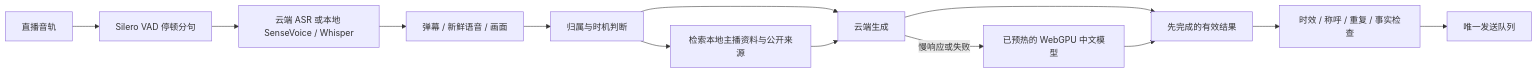
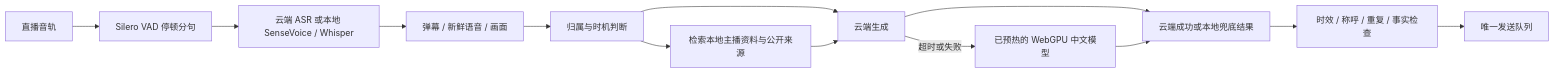
One commit to EitanWong/douyin-live-operations-assistant changed the diagram in docs/ai-foundation.zh-CN.md. Above: the diagram before and after it, drawn with Mermaid. The commit also changed other lines of this file and 16 other files, not shown here.

````diff
--- a/docs/ai-foundation.zh-CN.md
+++ b/docs/ai-foundation.zh-CN.md
@@ -19,15 +21,15 @@
 ```mermaid
 flowchart LR
   A[弹幕 / 新鲜语音 / 画面] --> B[归属与时机判断]
   B --> C[云端生成]
   B --> D[检索本地主播资料与公开来源]
   D --> C
-  C -->|慢响应或失败| E[已预热的 WebGPU 中文模型]
-  C --> F[先完成的有效结果]
+  C -->|超时或失败| E[已预热的 WebGPU 中文模型]
+  C --> F[云端成功或本地兜底结果]
   E --> F
   F --> G[时效 / 称呼 / 重复 / 事实检查]
   G --> H[唯一发送队列]
   I[直播音轨] --> J[Silero VAD 停顿分句]
   J --> K[云端 ASR 或本地 SenseVoice / Whisper]
   K --> A
 ```
````
